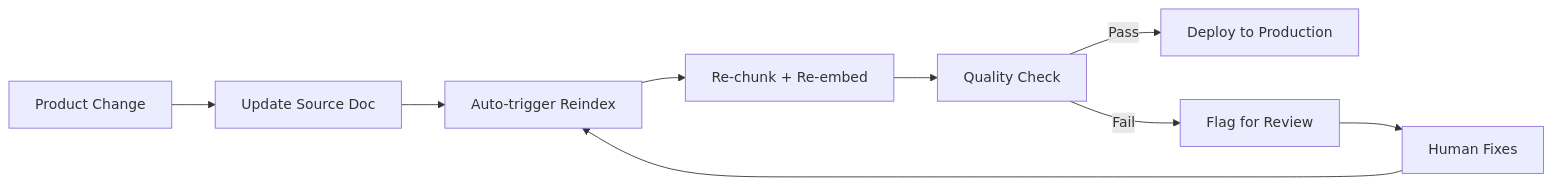
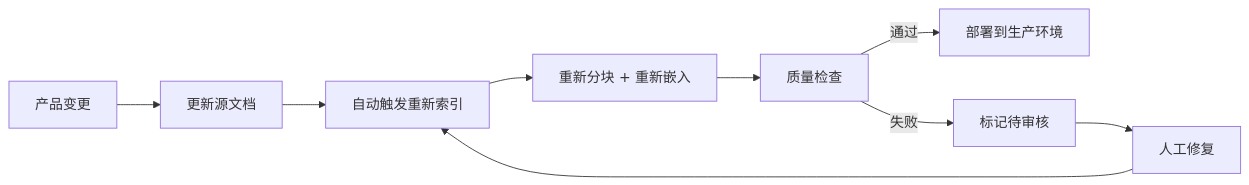
Before and after one commit to stars-labs/ai-driven-customer-service: the third of 3 diagrams in i18n/zh/docusaurus-plugin-content-docs/current/11-knowledge-base.md, drawn with Mermaid. The commit also changed other lines of this file and 15 other files, not shown here.

````diff
--- a/i18n/zh/docusaurus-plugin-content-docs/current/11-knowledge-base.md
+++ b/i18n/zh/docusaurus-plugin-content-docs/current/11-knowledge-base.md
@@ -323,11 +323,11 @@
 ```mermaid
 flowchart LR
-    A[Product Change] --> B[Update Source Doc]
-    B --> C[Auto-trigger Reindex]
-    C --> D[Re-chunk + Re-embed]
-    D --> E[Quality Check]
-    E -->|Pass| F[Deploy to Production]
-    E -->|Fail| G[Flag for Review]
-    G --> H[Human Fixes]
+    A[产品变更] --> B[更新源文档]
+    B --> C[自动触发重新索引]
+    C --> D[重新分块 + 重新嵌入]
+    D --> E[质量检查]
+    E -->|通过| F[部署到生产环境]
+    E -->|失败| G[标记待审核]
+    G --> H[人工修复]
     H --> C
 ```
````
